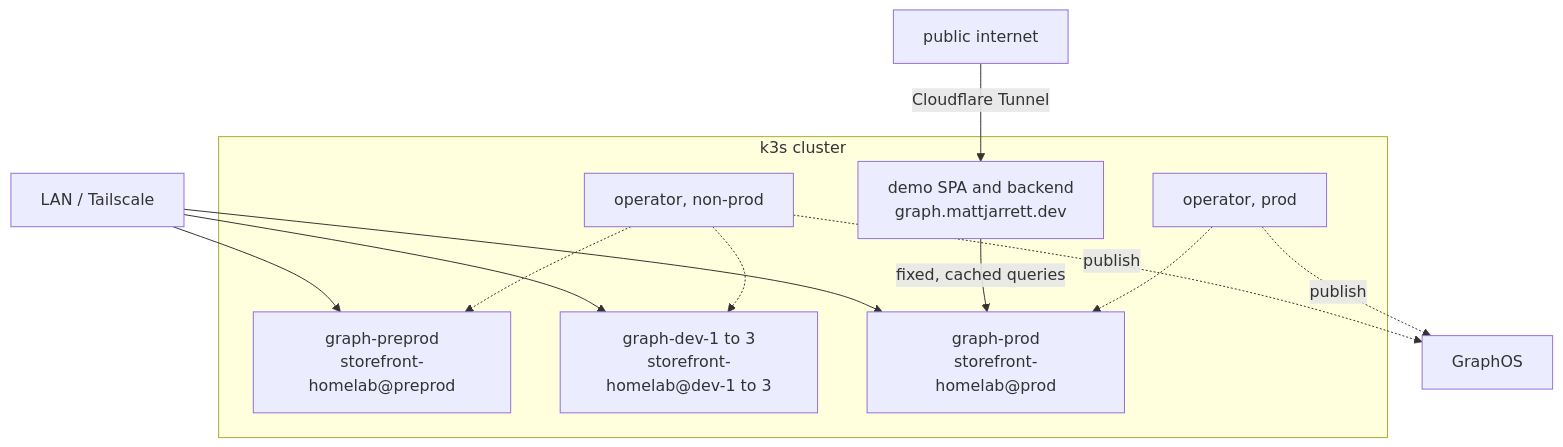
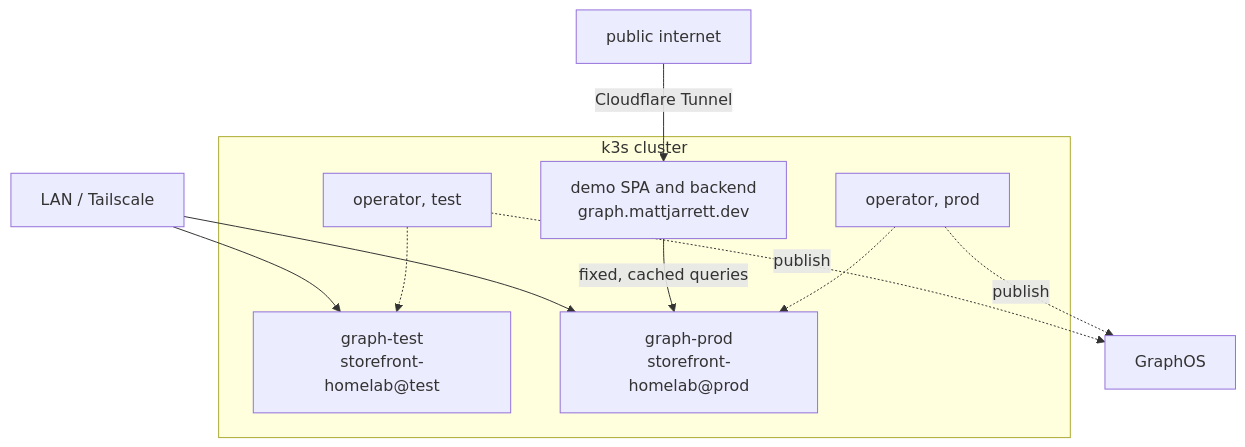
One commit to cujarrett/homelab changed the second of 2 diagrams in platform/docs/graph.md. Above: the diagram before and after it, drawn with Mermaid. The commit also changed other lines of this file and 4 other files, not shown here.

Commit message:
feat: graph-test lane, workspace owns the namespace, doc cut to schema management

````diff
--- a/platform/docs/graph.md
+++ b/platform/docs/graph.md
@@ -203,26 +198,23 @@
 ```mermaid
 flowchart TB
     LAN["LAN / Tailscale"]
     PUB["public internet"]
     GOS["GraphOS"]
 
     subgraph cluster["k3s cluster"]
-      OPN["operator, non-prod"]
+      OPT["operator, test"]
       OPP["operator, prod"]
-      PRE["graph-preprod<br/>storefront-homelab@preprod"]
-      DEV["graph-dev-1 to 3<br/>storefront-homelab@dev-1 to 3"]
+      TEST["graph-test<br/>storefront-homelab@test"]
       PROD["graph-prod<br/>storefront-homelab@prod"]
       DEMO["demo SPA and backend<br/>graph.mattjarrett.dev"]
     end
 
-    LAN --> PRE
-    LAN --> DEV
+    LAN --> TEST
     LAN --> PROD
     PUB -->|Cloudflare Tunnel| DEMO
     DEMO -->|fixed, cached queries| PROD
-    OPN -.-> PRE
-    OPN -.-> DEV
+    OPT -.-> TEST
     OPP -.-> PROD
-    OPN -.->|publish| GOS
+    OPT -.->|publish| GOS
     OPP -.->|publish| GOS
 ```
````
